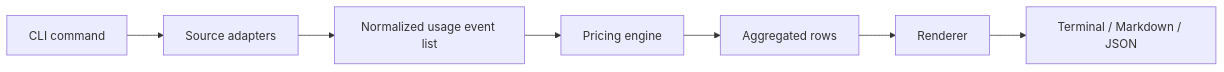
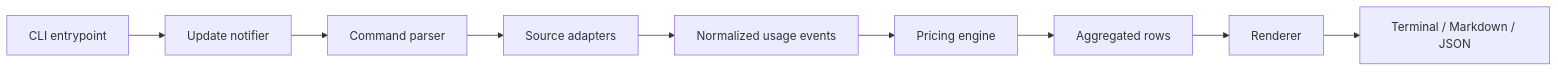
The first of 3 diagrams in docs/architecture.md (ben-vargas/ai-llm-usage-metrics), drawn with Mermaid before and after one commit. The commit also changed other lines of this file and 2 other files, not shown here.

Commit message:
docs(update): document notifier behavior and runtime flow

````diff
--- a/docs/architecture.md
+++ b/docs/architecture.md
@@ -14,9 +16,11 @@
 ```mermaid
 flowchart LR
-    A[CLI command] --> B[Source adapters]
-    B --> C[Normalized usage event list]
-    C --> D[Pricing engine]
-    D --> E[Aggregated rows]
-    E --> F[Renderer]
-    F --> G[Terminal / Markdown / JSON]
+    A[CLI entrypoint] --> B[Update notifier]
+    B --> C[Command parser]
+    C --> D[Source adapters]
+    D --> E[Normalized usage events]
+    E --> F[Pricing engine]
+    F --> G[Aggregated rows]
+    G --> H[Renderer]
+    H --> I[Terminal / Markdown / JSON]
 ```
````
